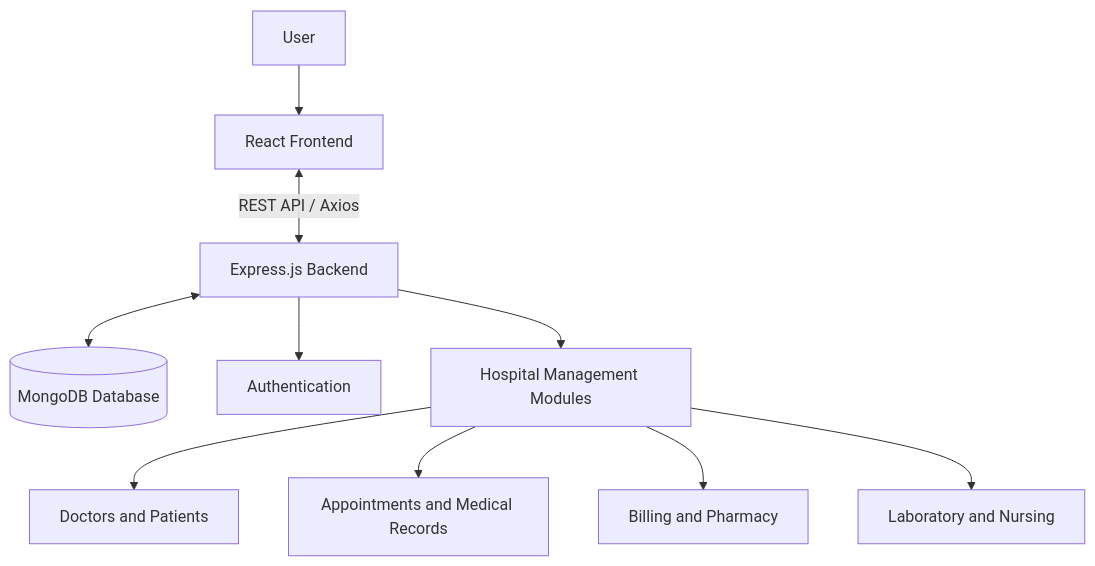
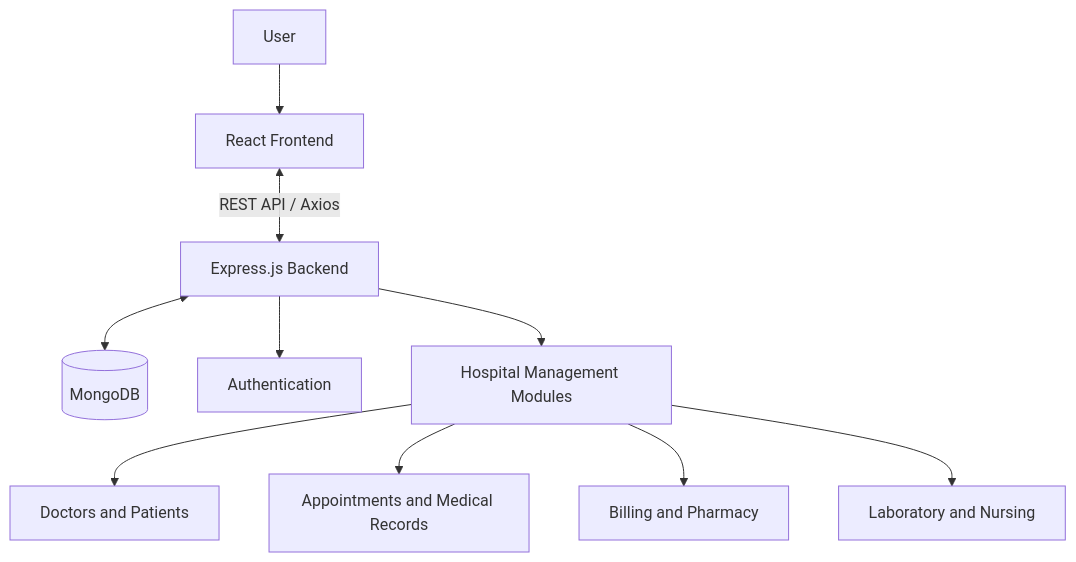
The diagram in README.md (Zihad-098/AI-Hospital-Management-System), drawn with Mermaid before and after one commit. The commit also changed other lines of this file, not shown here.

````diff
--- a/README.md
+++ b/README.md
@@ -56,12 +35,12 @@
 ```mermaid
 flowchart TD
-    A[User] --> B[React Frontend]
-    B <-->|REST API / Axios| C[Express.js Backend]
-    C <--> D[(MongoDB Database)]
-    C --> E[Authentication]
-    C --> F[Hospital Management Modules]
-    F --> G[Doctors and Patients]
-    F --> H[Appointments and Medical Records]
-    F --> I[Billing and Pharmacy]
-    F --> J[Laboratory and Nursing]
+    U[User] --> F[React Frontend]
+    F <-->|REST API / Axios| B[Express.js Backend]
+    B <--> D[(MongoDB)]
+    B --> A[Authentication]
+    B --> M[Hospital Management Modules]
+    M --> M1[Doctors and Patients]
+    M --> M2[Appointments and Medical Records]
+    M --> M3[Billing and Pharmacy]
+    M --> M4[Laboratory and Nursing]
 ```
````
